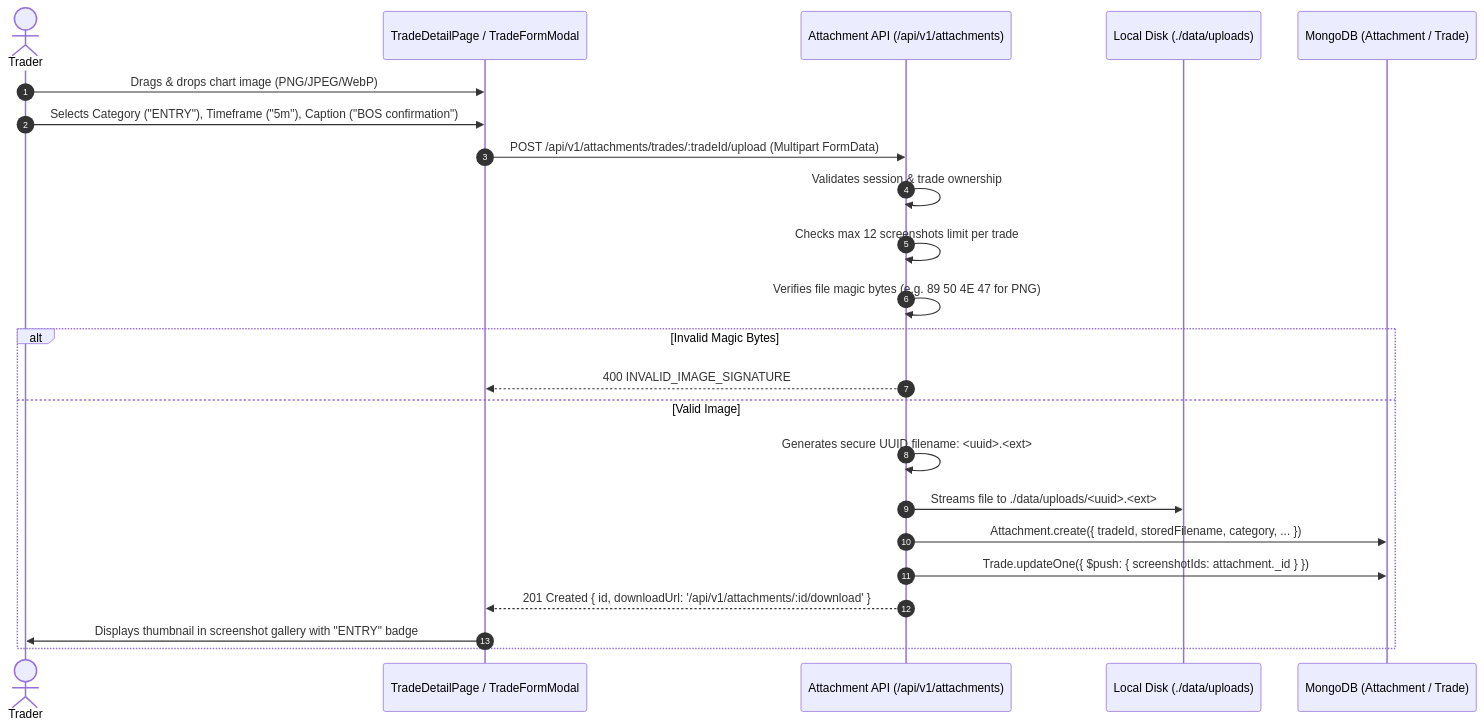
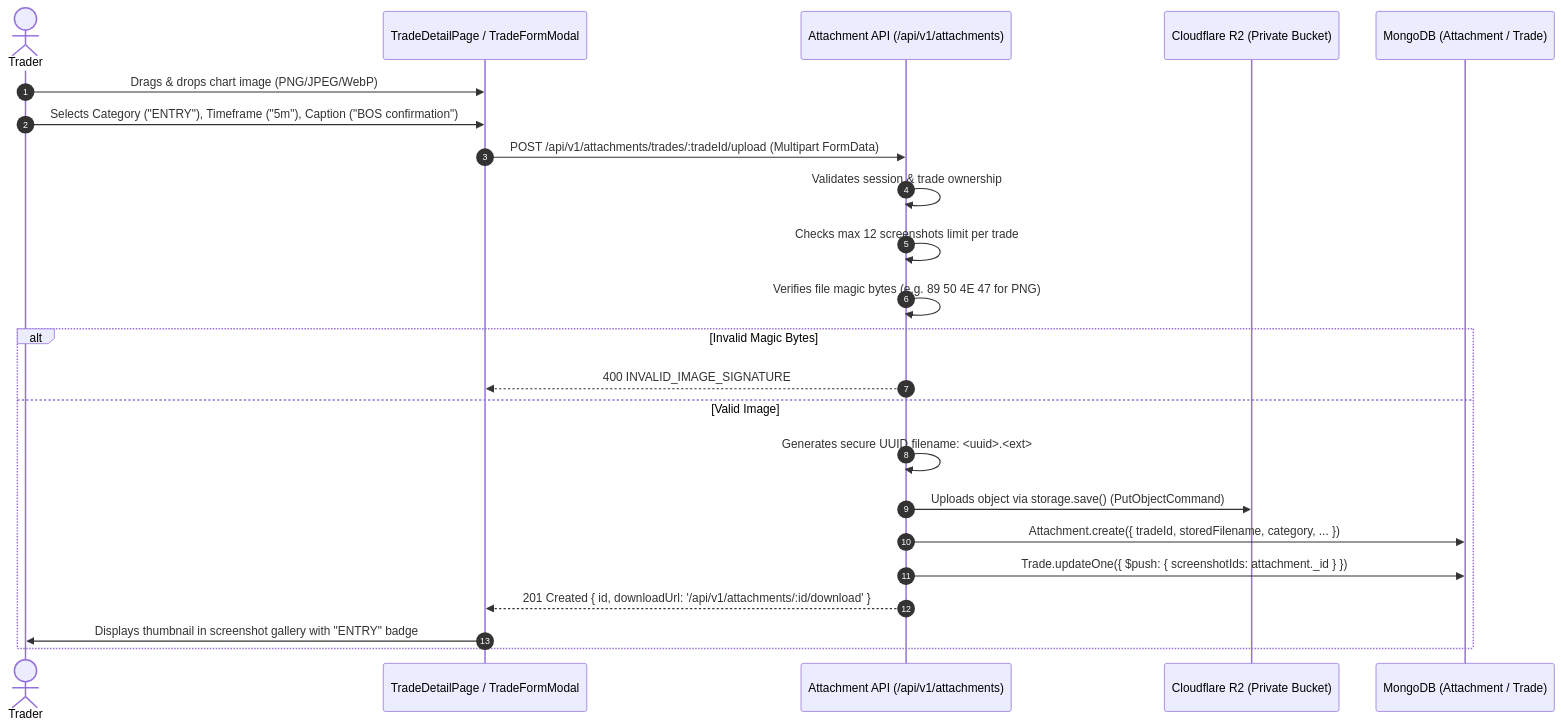
One commit to Rohsh00/SetupMint changed the fourth of 10 diagrams in docs/USER_FLOWS.md. Above: the diagram before and after it, drawn with Mermaid. The commit also changed 52 other files, not shown here.

````diff
--- a/docs/USER_FLOWS.md
+++ b/docs/USER_FLOWS.md
@@ -122,26 +122,26 @@
 ```mermaid
 sequenceDiagram
     autonumber
     actor User as Trader
     participant UI as TradeDetailPage / TradeFormModal
     participant API as Attachment API (/api/v1/attachments)
-    participant Disk as Local Disk (./data/uploads)
+    participant R2 as Cloudflare R2 (Private Bucket)
     participant DB as MongoDB (Attachment / Trade)
 
     User->>UI: Drags & drops chart image (PNG/JPEG/WebP)
     User->>UI: Selects Category ("ENTRY"), Timeframe ("5m"), Caption ("BOS confirmation")
     UI->>API: POST /api/v1/attachments/trades/:tradeId/upload (Multipart FormData)
     API->>API: Validates session & trade ownership
     API->>API: Checks max 12 screenshots limit per trade
     API->>API: Verifies file magic bytes (e.g. 89 50 4E 47 for PNG)
     alt Invalid Magic Bytes
         API-->>UI: 400 INVALID_IMAGE_SIGNATURE
     else Valid Image
         API->>API: Generates secure UUID filename: <uuid>.<ext>
-        API->>Disk: Streams file to ./data/uploads/<uuid>.<ext>
+        API->>R2: Uploads object via storage.save() (PutObjectCommand)
         API->>DB: Attachment.create({ tradeId, storedFilename, category, ... })
         API->>DB: Trade.updateOne({ $push: { screenshotIds: attachment._id } })
         API-->>UI: 201 Created { id, downloadUrl: '/api/v1/attachments/:id/download' }
         UI->>User: Displays thumbnail in screenshot gallery with "ENTRY" badge
     end
 ```
````
